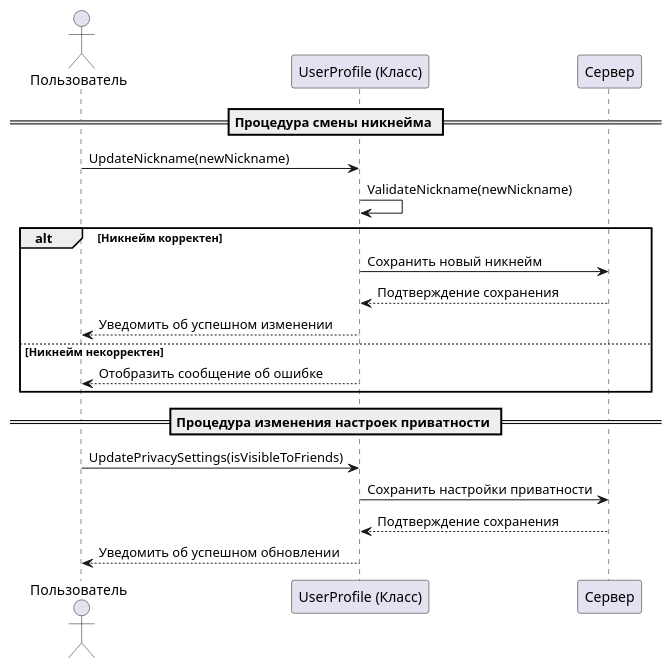
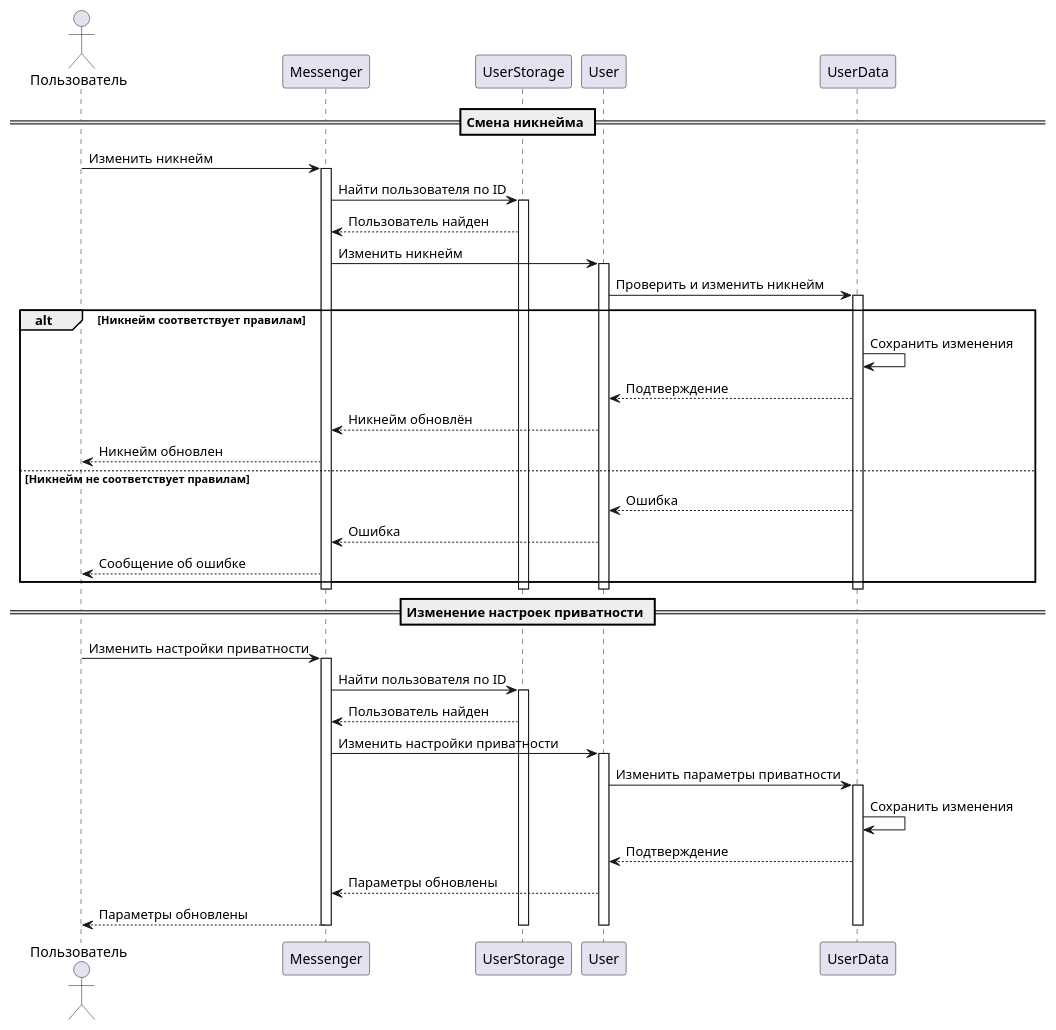
The diagram in precedents/profile_settings.md (penamarth/bsbo-13-22_team4_var5), drawn with PlantUML before and after one commit. The commit also changed other lines of this file, not shown here.

Commit message:
добавлена диаграмма последовательности

````diff
--- a/precedents/profile_settings.md
+++ b/precedents/profile_settings.md
@@ -60,25 +60,58 @@
 ```plantuml
 @startuml
+
 actor Пользователь
-participant "UserProfile (Класс)" as UserProfile
-participant "Сервер" as Server
+participant Messenger
+participant UserStorage
+participant User
+participant UserData
 
-== Процедура смены никнейма ==
-Пользователь -> UserProfile : UpdateNickname(newNickname)
-UserProfile -> UserProfile : ValidateNickname(newNickname)
-alt Никнейм корректен
-    UserProfile -> Server : Сохранить новый никнейм
-    Server --> UserProfile : Подтверждение сохранения
-    UserProfile --> Пользователь : Уведомить об успешном изменении
-else Никнейм некорректен
-    UserProfile --> Пользователь : Отобразить сообщение об ошибке
+== Смена никнейма ==
+Пользователь -> Messenger: Изменить никнейм
+activate Messenger
+Messenger -> UserStorage: Найти пользователя по ID
+activate UserStorage
+UserStorage --> Messenger: Пользователь найден
+Messenger -> User: Изменить никнейм
+activate User
+User -> UserData: Проверить и изменить никнейм
+activate UserData
+alt Никнейм соответствует правилам
+UserData -> UserData: Сохранить изменения
+UserData --> User: Подтверждение
+User --> Messenger: Никнейм обновлён
+Messenger --> Пользователь: Никнейм обновлен
+else Никнейм не соответствует правилам
+UserData --> User: Ошибка
+User --> Messenger: Ошибка
+Messenger --> Пользователь: Сообщение об ошибке
 end
 
-== Процедура изменения настроек приватности ==
-Пользователь -> UserProfile : UpdatePrivacySettings(isVisibleToFriends)
-UserProfile -> Server : Сохранить настройки приватности
-Server --> UserProfile : Подтверждение сохранения
-UserProfile --> Пользователь : Уведомить об успешном обновлении
+deactivate UserData
+deactivate User
+deactivate UserStorage
+deactivate Messenger
+
+== Изменение настроек приватности ==
+Пользователь -> Messenger: Изменить настройки приватности
+activate Messenger
+Messenger -> UserStorage: Найти пользователя по ID
+activate UserStorage
+UserStorage --> Messenger: Пользователь найден
+Messenger -> User: Изменить настройки приватности
+activate User
+User -> UserData: Изменить параметры приватности
+activate UserData
+UserData -> UserData: Сохранить изменения
+UserData --> User: Подтверждение
+User --> Messenger: Параметры обновлены
+Messenger --> Пользователь: Параметры обновлены
+
+deactivate UserData
+deactivate User
+deactivate UserStorage
+deactivate Messenger
 
 @enduml
+
 ```
````
